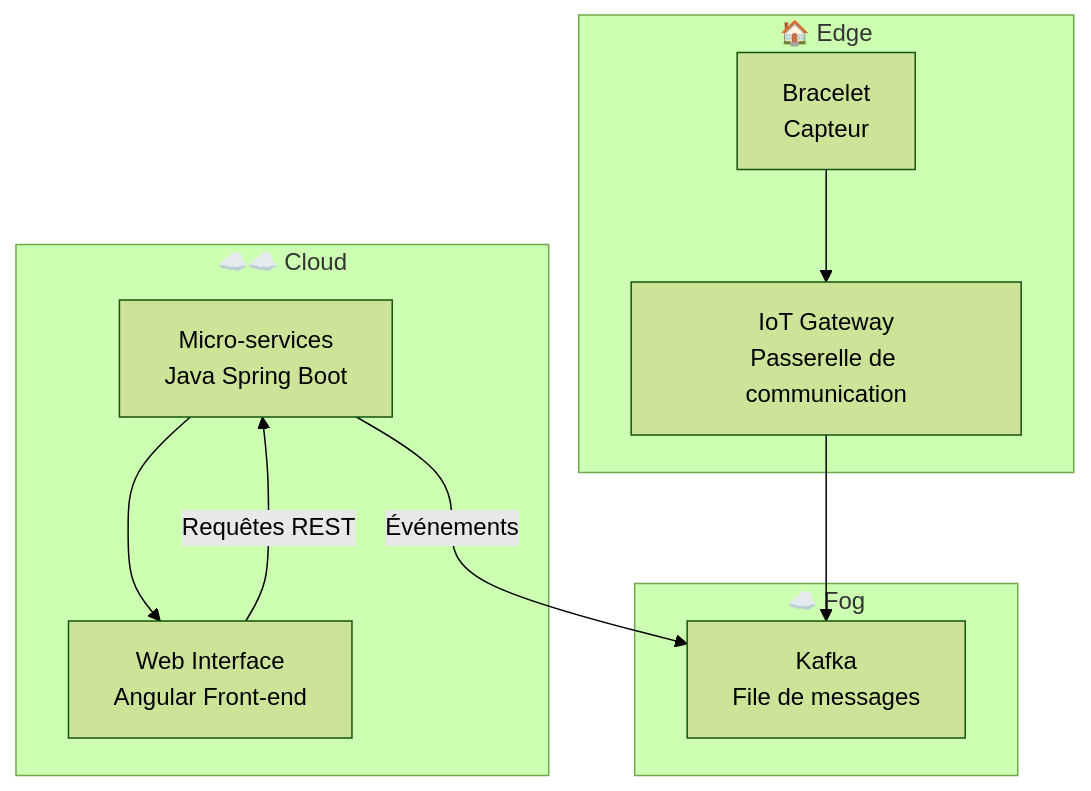
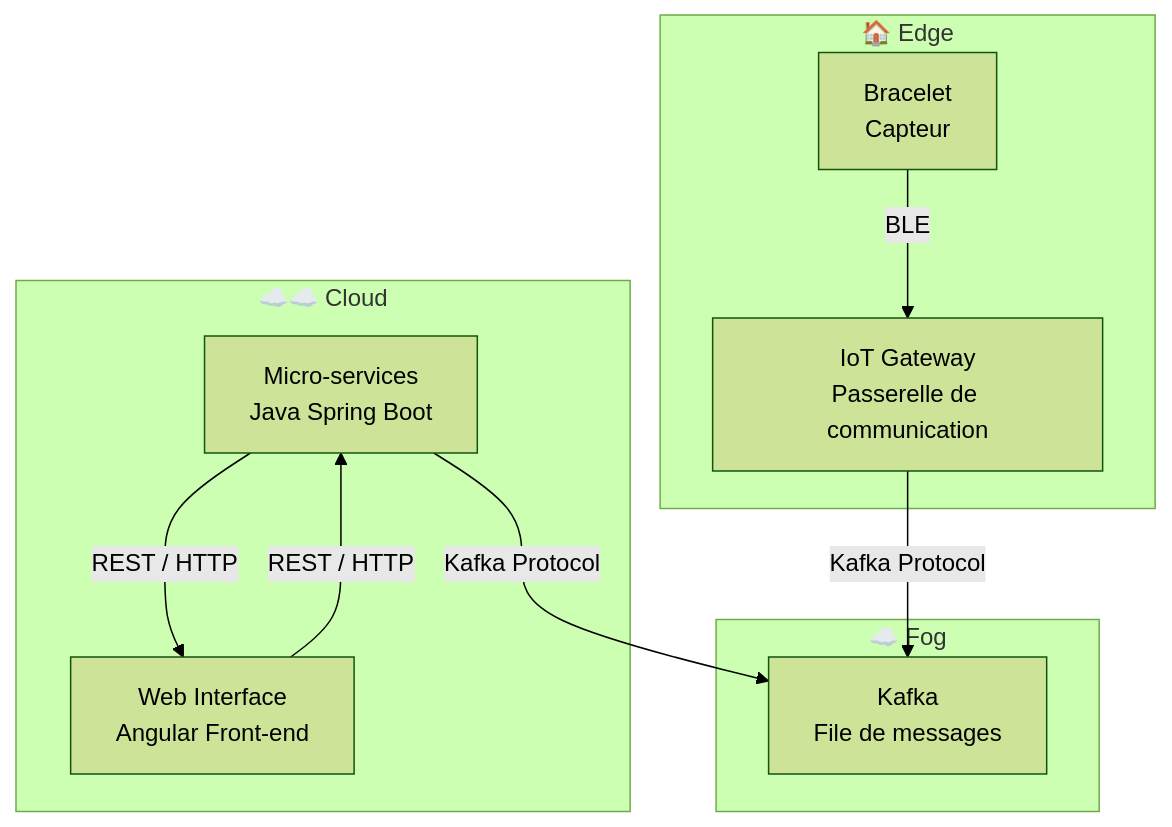
The first of 4 diagrams in docs/ARCHITECTURE.md (ErwanHeschung/AL-2025-2026), drawn with Mermaid (forest theme) before and after one commit.

````diff
--- a/docs/ARCHITECTURE.md
+++ b/docs/ARCHITECTURE.md
@@ -21,24 +21,24 @@
 ```mermaid
 graph TD
 
 subgraph Edge["🏠 Edge"]
     B[Bracelet<br/>Capteur]
     GW[IoT Gateway<br/>Passerelle de communication]
-    B --> GW
+    B -->|BLE| GW
 end
 
 subgraph Fog["☁️ Fog"]
-    K[Kafka<br/> File de messages]
-    GW --> K
+    K[Kafka<br/>File de messages]
+    GW -->|Kafka Protocol| K
 end
 
 subgraph Cloud["☁️☁️ Cloud"]
     MS[Micro-services<br/>Java Spring Boot]
     UI[Web Interface<br/>Angular Front-end]
 
-    MS --> UI
+    MS -->|REST / HTTP| UI
 end
 
-UI -->|Requêtes REST| MS
-MS -->|Événements| K
+UI -->|REST / HTTP| MS
+MS -->|Kafka Protocol| K
 ```
````
